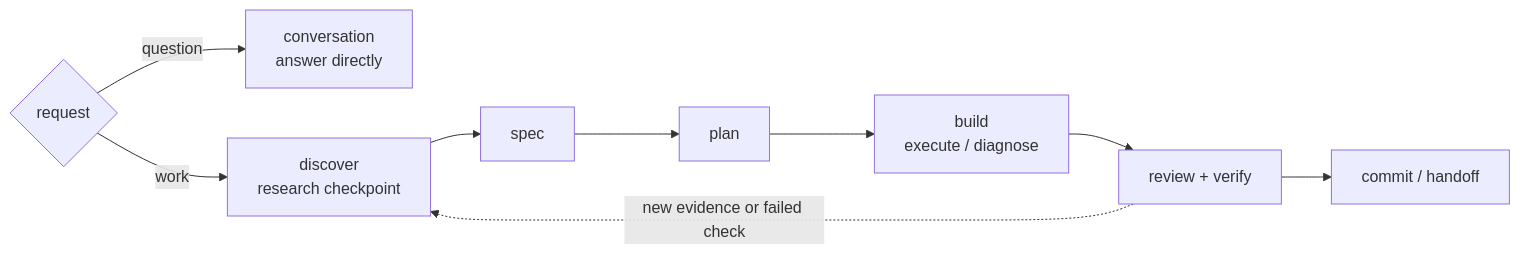
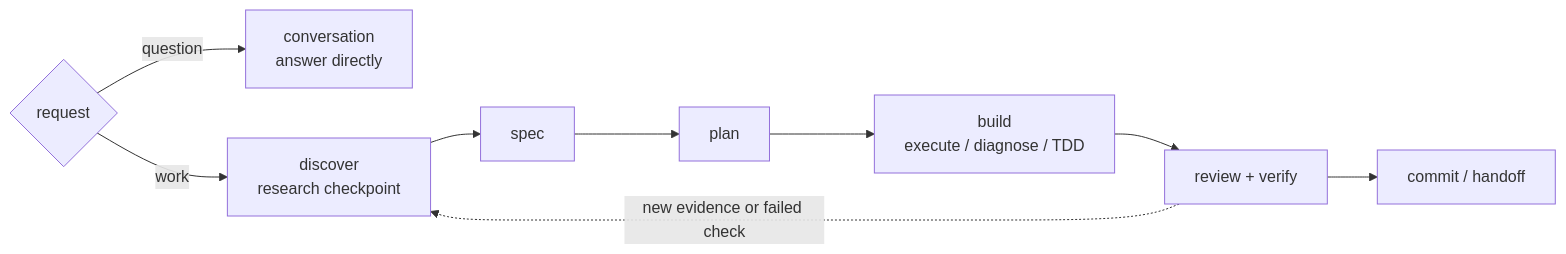
One commit to hassan-mohiddin/freeflow changed the first of 2 diagrams in plugins/freeflow/skills/workflow/references/workflow-map.md. Above: the diagram before and after it, drawn with Mermaid. The commit also changed other lines of this file and 30 other files, not shown here.

````diff
--- a/plugins/freeflow/skills/workflow/references/workflow-map.md
+++ b/plugins/freeflow/skills/workflow/references/workflow-map.md
@@ -11,16 +11,16 @@
 ```mermaid
 flowchart LR
   Request{request}
   Talk[conversation<br/>answer directly]
   Discover[discover<br/>research checkpoint]
   Spec[spec]
   Plan[plan]
-  Build[build<br/>execute / diagnose]
+  Build[build<br/>execute / diagnose / TDD]
   Check[review + verify]
   Close[commit / handoff]
 
   Request -->|question| Talk
   Request -->|work| Discover
   Discover --> Spec --> Plan --> Build --> Check --> Close
   Check -. new evidence or failed check .-> Discover
 ```
````
